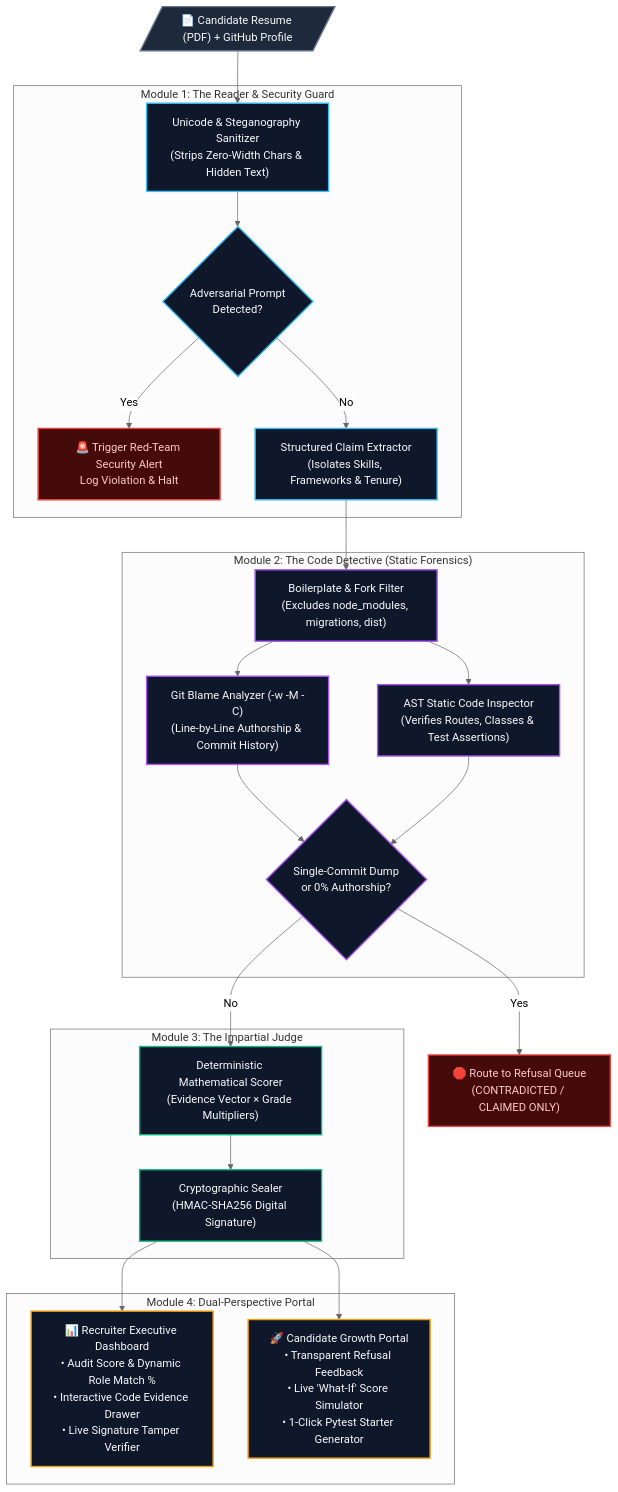
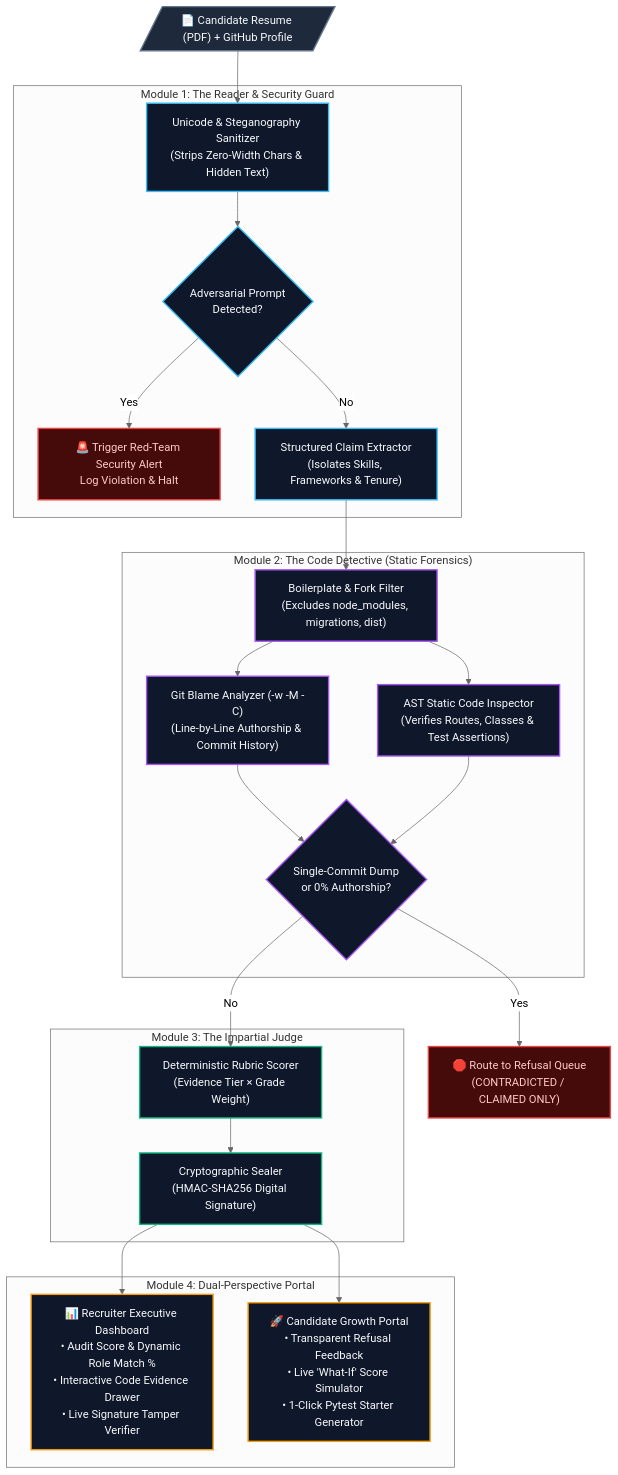
The diagram in README.md (00FY/SKILL_PASSPORT), drawn with Mermaid (neutral theme) before and after one commit. The commit also changed other lines of this file and 53 other files, not shown here.

````diff
--- a/README.md
+++ b/README.md
@@ -31,42 +31,42 @@
 ```mermaid
 flowchart TD
     classDef input fill:#1e293b,stroke:#64748b,stroke-width:2px,color:#f8fafc
     classDef mod1 fill:#0f172a,stroke:#38bdf8,stroke-width:2px,color:#f8fafc
     classDef mod2 fill:#0f172a,stroke:#a855f7,stroke-width:2px,color:#f8fafc
     classDef mod3 fill:#0f172a,stroke:#10b981,stroke-width:2px,color:#f8fafc
     classDef mod4 fill:#0f172a,stroke:#f59e0b,stroke-width:2px,color:#f8fafc
     classDef alert fill:#450a0a,stroke:#ef4444,stroke-width:2px,color:#fecaca
 
     A[/"📄 Candidate Resume (PDF) + GitHub Profile"/]:::input --> B
 
     subgraph M1 ["Module 1: The Reader & Security Guard"]
         B["Unicode & Steganography Sanitizer<br/>(Strips Zero-Width Chars & Hidden Text)"]:::mod1
         B --> C{"Adversarial Prompt<br/>Detected?"}:::mod1
         C -- "Yes" --> X["🚨 Trigger Red-Team Security Alert<br/>Log Violation & Halt"]:::alert
         C -- "No" --> D["Structured Claim Extractor<br/>(Isolates Skills, Frameworks & Tenure)"]:::mod1
     end
 
     D --> E
 
     subgraph M2 ["Module 2: The Code Detective (Static Forensics)"]
         E["Boilerplate & Fork Filter<br/>(Excludes node_modules, migrations, dist)"]:::mod2
         E --> F["Git Blame Analyzer (-w -M -C)<br/>(Line-by-Line Authorship & Commit History)"]:::mod2
         E --> G["AST Static Code Inspector<br/>(Verifies Routes, Classes & Test Assertions)"]:::mod2
         F & G --> H{"Single-Commit Dump<br/>or 0% Authorship?"}:::mod2
     end
 
     H -- "Yes" --> I["🛑 Route to Refusal Queue<br/>(CONTRADICTED / CLAIMED ONLY)"]:::alert
     H -- "No" --> J
 
     subgraph M3 ["Module 3: The Impartial Judge"]
-        J["Deterministic Mathematical Scorer<br/>(Evidence Vector × Grade Multipliers)"]:::mod3
+        J["Deterministic Rubric Scorer<br/>(Evidence Tier × Grade Weight)"]:::mod3
         J --> K["Cryptographic Sealer<br/>(HMAC-SHA256 Digital Signature)"]:::mod3
     end
 
     K --> L & M
 
     subgraph M4 ["Module 4: Dual-Perspective Portal"]
         L["📊 Recruiter Executive Dashboard<br/>• Audit Score & Dynamic Role Match %<br/>• Interactive Code Evidence Drawer<br/>• Live Signature Tamper Verifier"]:::mod4
         M["🚀 Candidate Growth Portal<br/>• Transparent Refusal Feedback<br/>• Live 'What-If' Score Simulator<br/>• 1-Click Pytest Starter Generator"]:::mod4
     end
 ```
````
